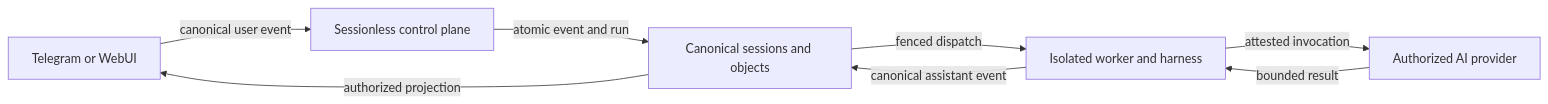
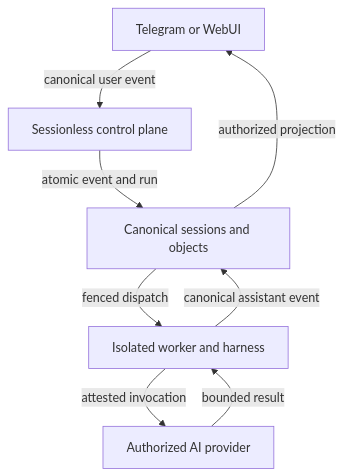
The diagram in README.md (urandon/sessionless), drawn with Mermaid before and after one commit.

Commit message:
docs: make overview flow readable in narrow renderers

````diff
--- a/README.md
+++ b/README.md
@@ -33,16 +33,16 @@
 ```mermaid
-flowchart LR
+flowchart TD
     Frontends["Telegram or WebUI"]
     Control["Sessionless control plane"]
     State["Canonical sessions and objects"]
     Worker["Isolated worker and harness"]
     Provider["Authorized AI provider"]
 
     Frontends -->|"canonical user event"| Control
     Control -->|"atomic event and run"| State
     State -->|"fenced dispatch"| Worker
     Worker -->|"attested invocation"| Provider
     Provider -->|"bounded result"| Worker
     Worker -->|"canonical assistant event"| State
     State -->|"authorized projection"| Frontends
 ```
````
